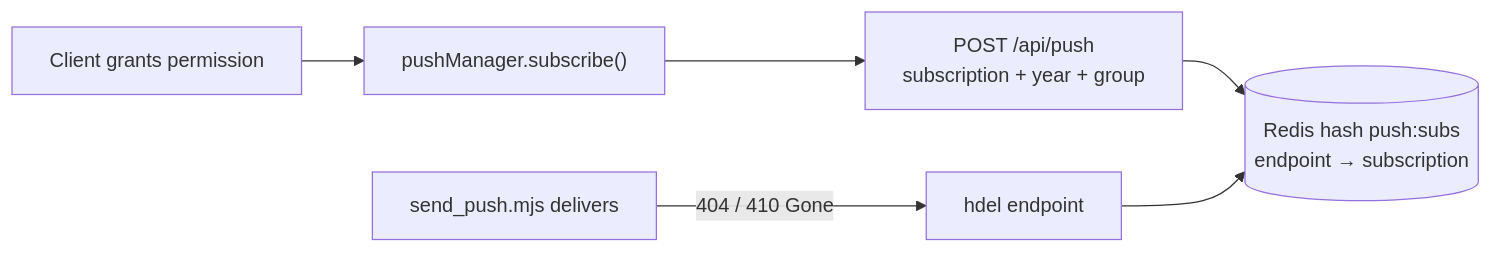
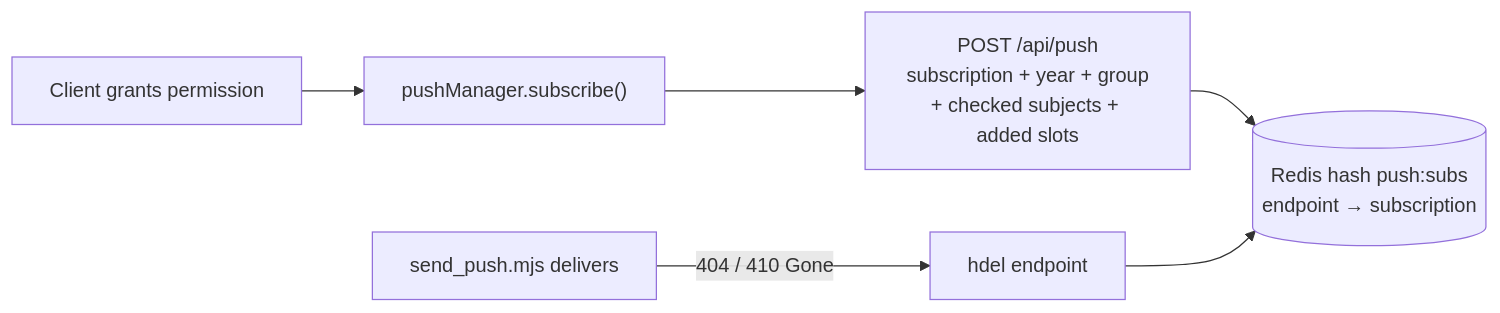
One commit to dukanx/fon-raspored changed the third of 3 diagrams in ARCHITECTURE.md. Above: the diagram before and after it, drawn with Mermaid. The commit also changed other lines of this file and 16 other files, not shown here.

````diff
--- a/ARCHITECTURE.md
+++ b/ARCHITECTURE.md
@@ -136,8 +136,8 @@
 ```mermaid
 flowchart LR
   A["Client grants permission"] --> B["pushManager.subscribe()"]
-  B --> C["POST /api/push<br/>subscription + year + group"]
+  B --> C["POST /api/push<br/>subscription + year + group<br/>+ checked subjects + added slots"]
   C --> D[("Redis hash push:subs<br/>endpoint → subscription")]
   E["send_push.mjs delivers"] -->|"404 / 410 Gone"| F["hdel endpoint"]
   F --> D
 ```
````
